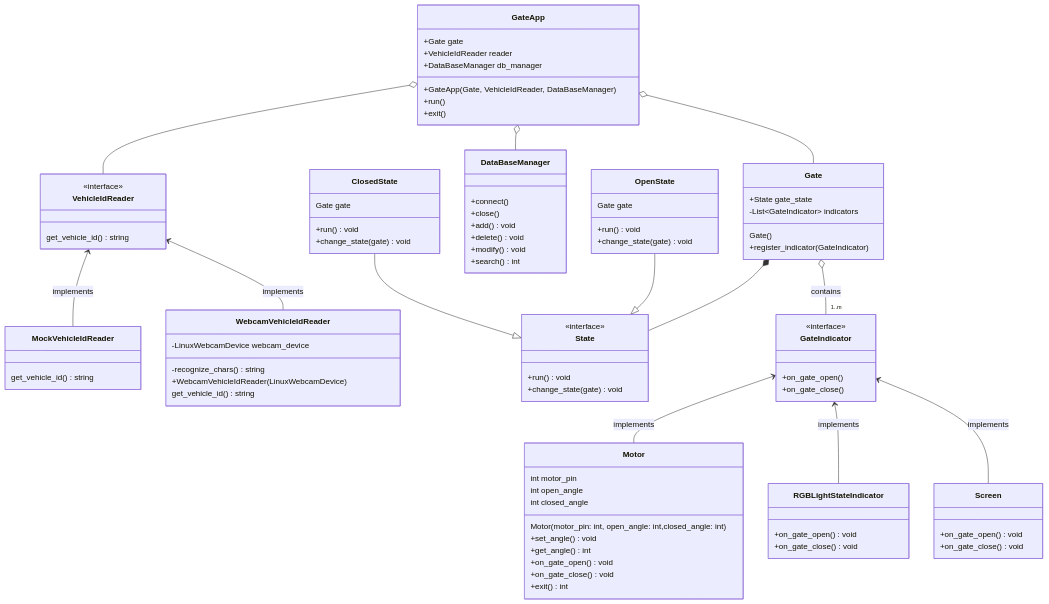
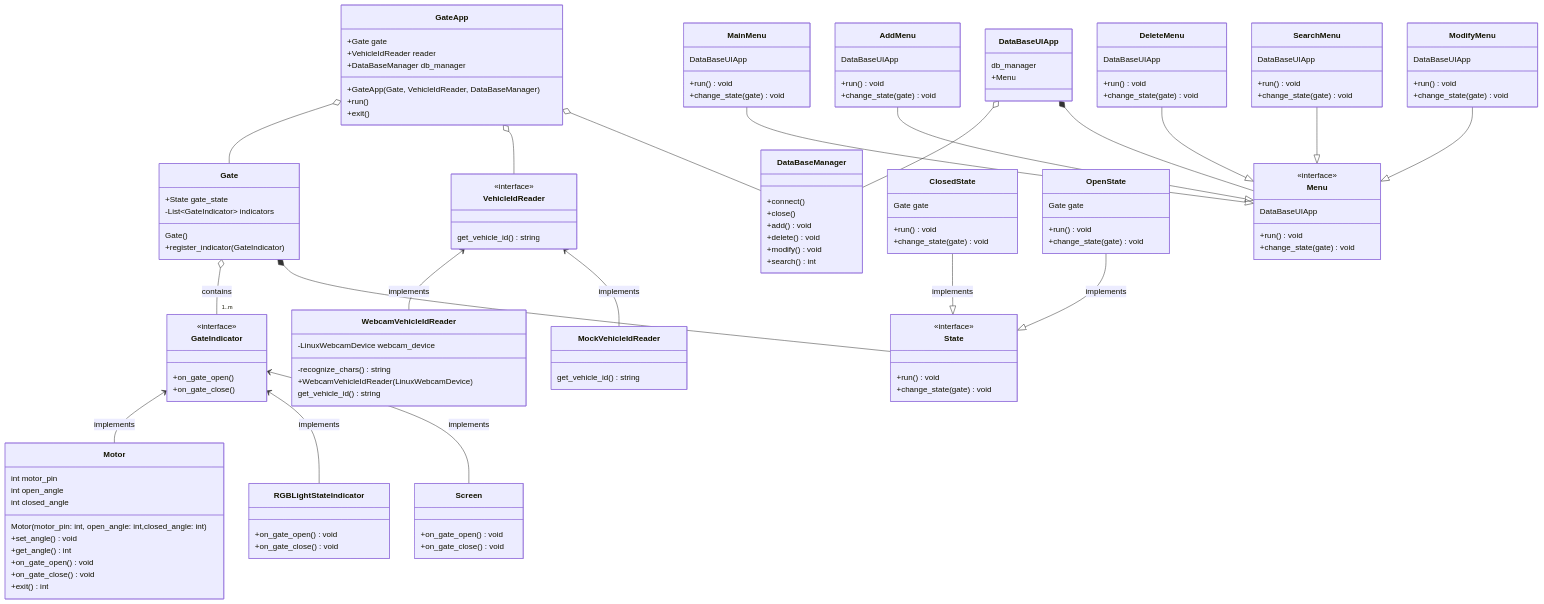
The first of 3 diagrams in software_structure.md (Xiaoyang-Lyu/y2_project), drawn with Mermaid before and after one commit. The commit also changed other lines of this file and 1 other file, not shown here.

Commit message:
requirement and structure update

````diff
--- a/software_structure.md
+++ b/software_structure.md
@@ -109,11 +109,58 @@
 }
 
 
-ClosedState --|> State
-OpenState --|> State
+ClosedState --|> State: implements
+OpenState --|> State: implements
 Gate *-- State
 
 
+class DataBaseUIApp{
+    db_manager
+    +Menu
+}
+
+DataBaseUIApp o-- DataBaseManager
+class Menu{
+    <<interface>>
+    DataBaseUIApp
+    +run() void
+    +change_state(gate) void
+}
+
+class MainMenu{
+    DataBaseUIApp
+    +run() void
+    +change_state(gate) void
+}
+
+
+class AddMenu{
+    DataBaseUIApp
+    +run() void
+    +change_state(gate) void
+}
+class DeleteMenu{
+    DataBaseUIApp
+    +run() void
+    +change_state(gate) void
+}
+class SearchMenu{
+    DataBaseUIApp
+    +run() void
+    +change_state(gate) void
+}
+class ModifyMenu{
+    DataBaseUIApp
+    +run() void
+    +change_state(gate) void
+}
+
+MainMenu --|> Menu
+AddMenu --|> Menu
+DeleteMenu --|> Menu
+SearchMenu --|> Menu
+ModifyMenu --|> Menu
+DataBaseUIApp *-- Menu
 
 
 ```
````
